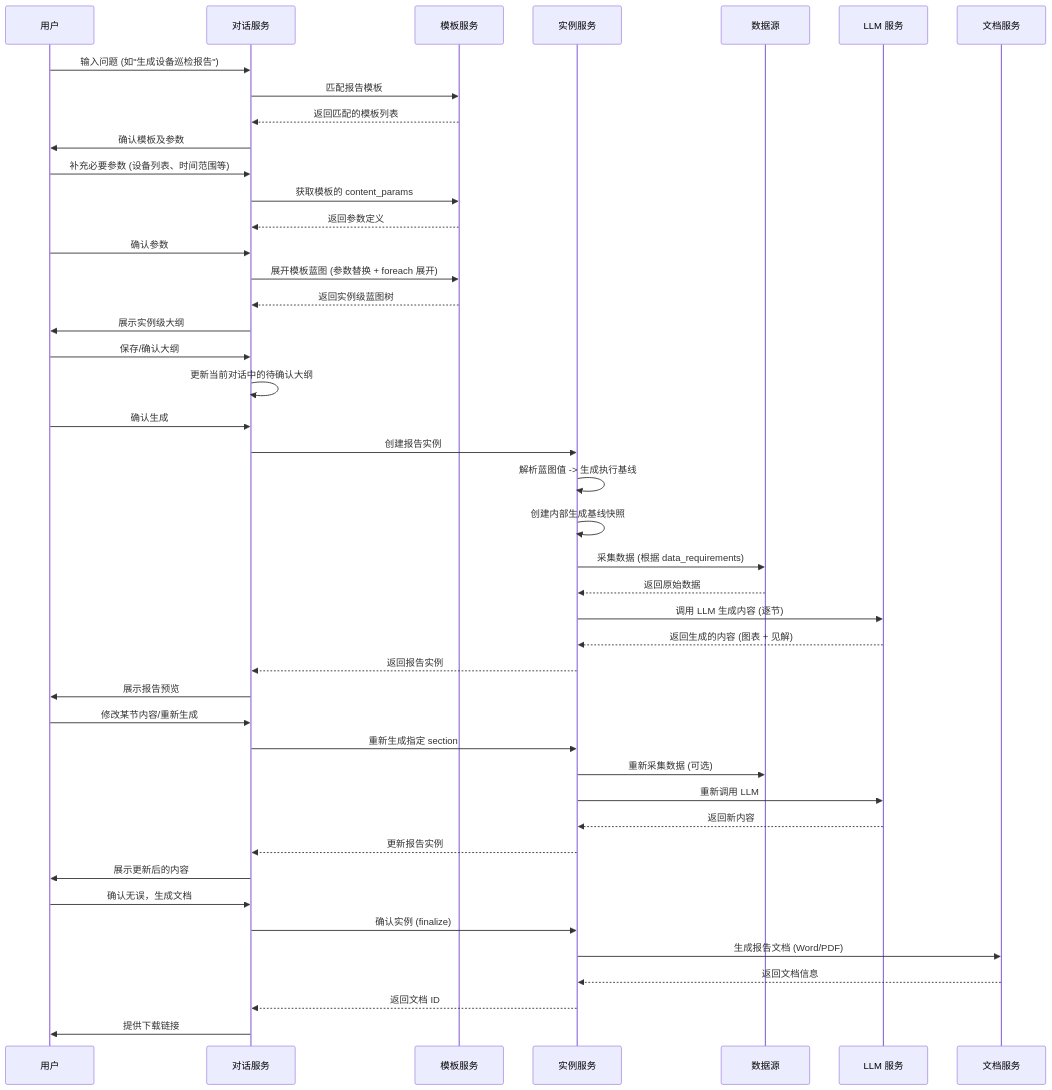
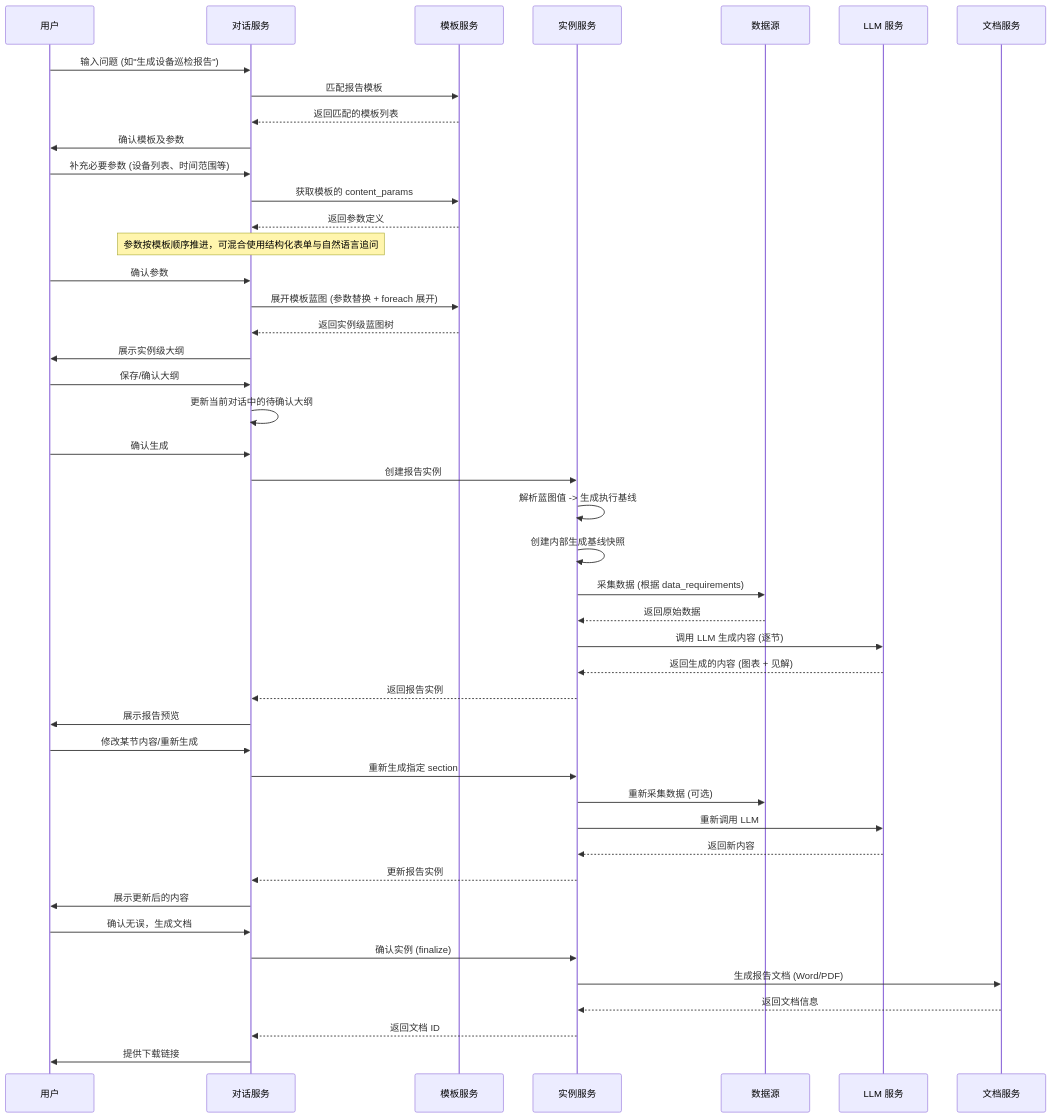
One commit to shel447/ReportSystem changed the second of 6 diagrams in design/design.md. Above: the diagram before and after it, drawn with Mermaid. The commit also changed other lines of this file and 34 other files, not shown here.

````diff
--- a/design/design.md
+++ b/design/design.md
@@ -105,58 +106,59 @@
 ```mermaid
 sequenceDiagram
     participant User as 用户
     participant Chat as 对话服务
     participant Template as 模板服务
     participant Instance as 实例服务
     participant Data as 数据源
     participant LLM as LLM 服务
     participant Doc as 文档服务
 
     %% 阶段 1: 模板匹配
     User->>Chat: 输入问题 (如"生成设备巡检报告")
     Chat->>Template: 匹配报告模板
     Template-->>Chat: 返回匹配的模板列表
     Chat->>User: 确认模板及参数
 
     %% 阶段 2: 参数收集
     User->>Chat: 补充必要参数 (设备列表、时间范围等)
     Chat->>Template: 获取模板的 content_params
     Template-->>Chat: 返回参数定义
+    Note over Chat: 参数按模板顺序推进，可混合使用结构化表单与自然语言追问
 
     %% 阶段 3: 蓝图实例化与大纲确认
     User->>Chat: 确认参数
     Chat->>Template: 展开模板蓝图 (参数替换 + foreach 展开)
     Template-->>Chat: 返回实例级蓝图树
     Chat->>User: 展示实例级大纲
     User->>Chat: 保存/确认大纲
     Chat->>Chat: 更新当前对话中的待确认大纲
 
     %% 阶段 4: 生成报告实例
     User->>Chat: 确认生成
     Chat->>Instance: 创建报告实例
     Instance->>Instance: 解析蓝图值 -> 生成执行基线
     Instance->>Instance: 创建内部生成基线快照
     Instance->>Data: 采集数据 (根据 data_requirements)
     Data-->>Instance: 返回原始数据
     Instance->>LLM: 调用 LLM 生成内容 (逐节)
     LLM-->>Instance: 返回生成的内容 (图表 + 见解)
     Instance-->>Chat: 返回报告实例
     Chat->>User: 展示报告预览
 
     %% 阶段 5: 修改与重新生成
     User->>Chat: 修改某节内容/重新生成
     Chat->>Instance: 重新生成指定 section
     Instance->>Data: 重新采集数据 (可选)
     Instance->>LLM: 重新调用 LLM
     LLM-->>Instance: 返回新内容
     Instance-->>Chat: 更新报告实例
     Chat->>User: 展示更新后的内容
 
     %% 阶段 6: 生成文档
     User->>Chat: 确认无误，生成文档
     Chat->>Instance: 确认实例 (finalize)
     Instance->>Doc: 生成报告文档 (Word/PDF)
     Doc-->>Instance: 返回文档信息
     Instance-->>Chat: 返回文档 ID
     Chat->>User: 提供下载链接
 ```
````
